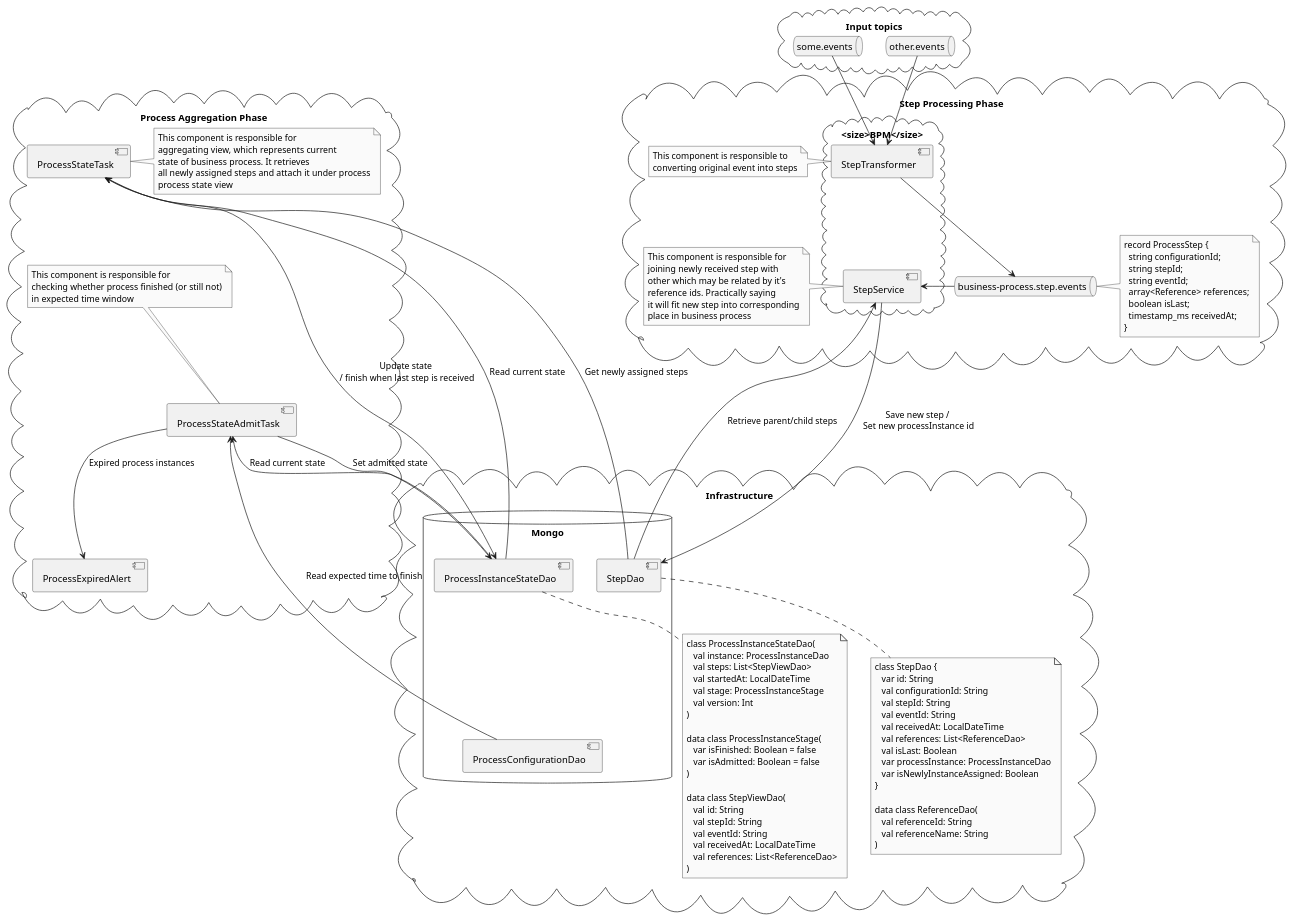
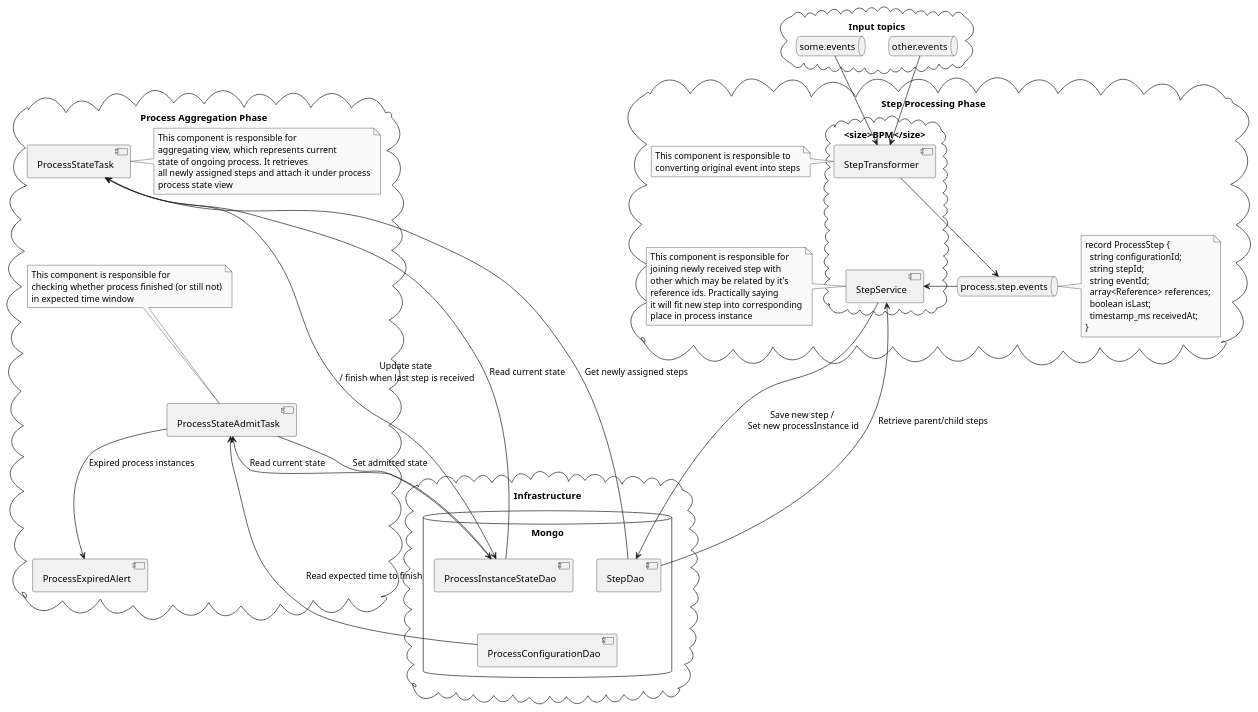
The diagram in process-monitor/diagrams/1.high-level-flow.puml (djeremy/kafka-related-projects), drawn with PlantUML before and after one commit. The commit also changed 3 other files, not shown here.

Commit message:
Fix diagrams and replace pngs

```diff
--- a/process-monitor/diagrams/1.high-level-flow.puml
+++ b/process-monitor/diagrams/1.high-level-flow.puml
@@ -1,146 +1,104 @@
 @startuml
 
 skinparam monochrome true
 
 
 cloud "Input topics" {
     queue some.events as events1
     queue other.events as events2
 
 }
 
 
 cloud Infrastructure as INF{
     database "Mongo\n" as mongo {
      [StepDao] as stepDao
      [ProcessConfigurationDao] as processConfigurationDao
      [ProcessInstanceStateDao] as processStateDao
 
      stepDao -[hidden]down- processConfigurationDao
     }
-
-    note bottom of stepDao
-     class StepDao {
-        var id: String
-        val configurationId: String
-        val stepId: String
-        val eventId: String
-        val receivedAt: LocalDateTime
-        val references: List<ReferenceDao>
-        val isLast: Boolean
-        var processInstance: ProcessInstanceDao
-        var isNewlyInstanceAssigned: Boolean
-     }
-
-     data class ReferenceDao(
-        val referenceId: String
-        val referenceName: String
-     )
-    end note
-
-    note bottom of processStateDao
-     class ProcessInstanceStateDao(
-        val instance: ProcessInstanceDao
-        val steps: List<StepViewDao>
-        val startedAt: LocalDateTime
-        val stage: ProcessInstanceStage
-        val version: Int
-     )
-
-     data class ProcessInstanceStage(
-        var isFinished: Boolean = false
-        var isAdmitted: Boolean = false
-     )
-
-     data class StepViewDao(
-        val id: String
-        val stepId: String
-        val eventId: String
-        val receivedAt: LocalDateTime
-        val references: List<ReferenceDao>
-     )
-    end note
 }
 
 cloud "Step Processing Phase" {
-    queue "business-process.step.events" as stepEvents
+    queue "process.step.events" as stepEvents
 
     cloud "<size>BPM</size>" as BPM {
      [StepTransformer] as transformer
      [StepService] as processor
 
      transformer -[hidden]down- processor
     }
 
     transformer -left-> stepEvents
     stepEvents -left-> processor
 
     events1 -down-> transformer
     events2 -down-> transformer
 
     processor -down--> stepDao :  Save new step /\n Set new processInstance id
     stepDao -up-> processor : Retrieve parent/child steps
 
     note right of stepEvents
       record ProcessStep {
         string configurationId;
         string stepId;
         string eventId;
         array<Reference> references;
         boolean isLast;
         timestamp_ms receivedAt;
       }
     end note
 
     note right of transformer
         This component is responsible to
         converting original event into steps
     end note
 
     note right of processor
         This component is responsible for
         joining newly received step with
         other which may be related by it's
         reference ids. Practically saying
         it will fit new step into corresponding
-        place in business process
+        place in process instance
     end note
 
 }
 
 
 cloud "Process Aggregation Phase" as PAP{
 
     [ProcessStateAdmitTask] as admitTask
     [ProcessExpiredAlert] as expiredAlert
     [ProcessStateTask] as stateTask
 
 '   left to right direction
     stepDao --> stateTask : Get newly assigned steps
     stateTask --> processStateDao : Update state \n/ finish when last step is received
     stateTask <-- processStateDao : Read current state
 
     admitTask <-- processStateDao : Read current state
     admitTask --> processStateDao : Set admitted state
     admitTask <-- processConfigurationDao : Read expected time to finish
 
     admitTask -down-> expiredAlert : Expired process instances
 
     stateTask -[hidden]down-- admitTask
 
     note right of stateTask
         This component is responsible for
         aggregating view, which represents current
-        state of business process. It retrieves
+        state of ongoing process. It retrieves
         all newly assigned steps and attach it under process
         process state view
     end note
 
     note top of admitTask
         This component is responsible for
         checking whether process finished (or still not)
         in expected time window
     end note
 }
 
 @enduml
```
